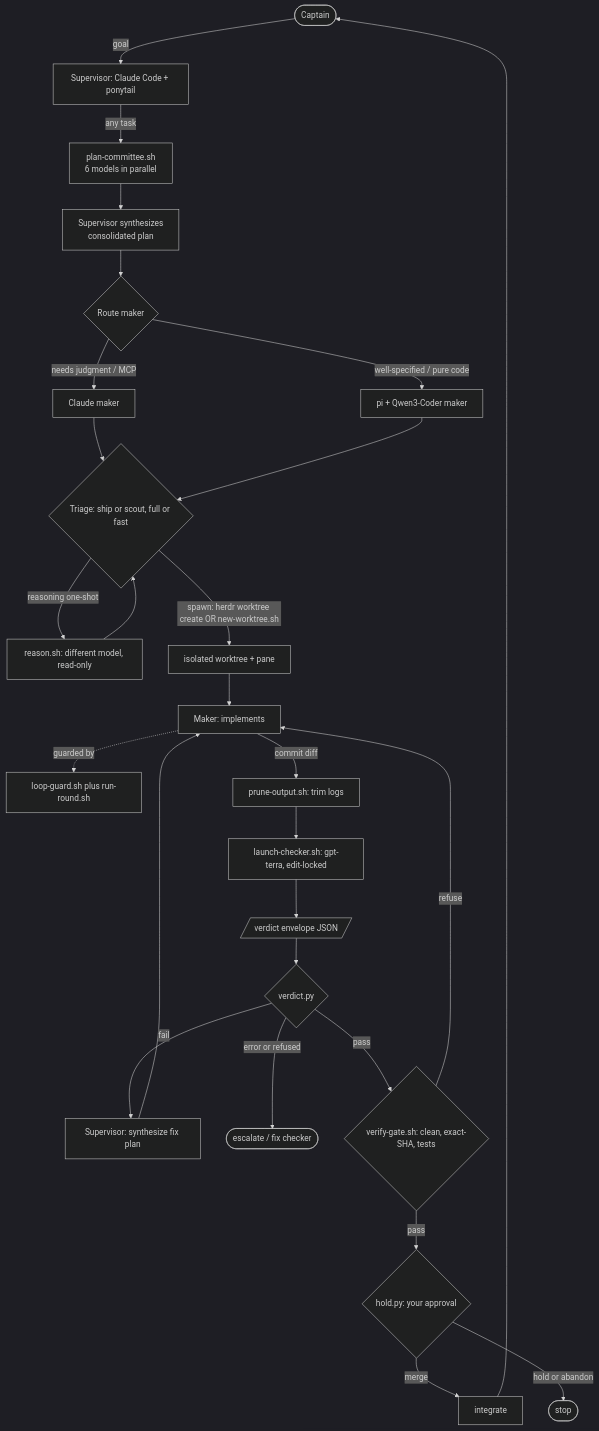
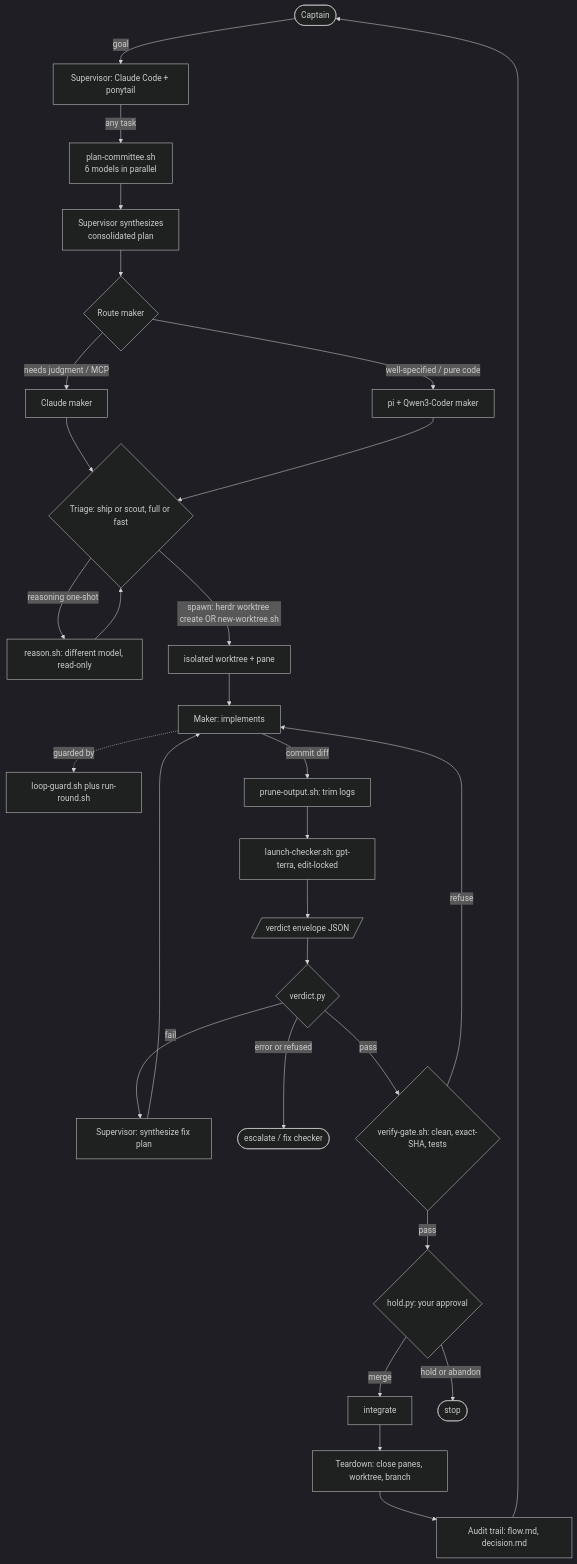
The diagram in docs/ARCHITECTURE.md (eshwarvijay/secondmate), drawn with Mermaid (dark theme) before and after one commit. The commit also changed other lines of this file, not shown here.

Commit message:
Fix ARCHITECTURE.md stage ordering to match SKILL.md
- Move Teardown (stage 9) BEFORE Audit trail (stage 10)
- Flowchart now shows: Integrate -> Teardown -> Audit trail
- This matches SKILL.md's correct sequence: Integrate -> Teardown -> Audit trail

````diff
--- a/docs/ARCHITECTURE.md
+++ b/docs/ARCHITECTURE.md
@@ -37,29 +37,31 @@
 ```mermaid
 flowchart TD
     Cap([Captain]) -->|goal| SUP[Supervisor: Claude Code + ponytail]
     SUP -->|any task| PC[plan-committee.sh<br/>6 models in parallel]
     PC --> SYN[Supervisor synthesizes<br/>consolidated plan]
     SYN --> ROUTE{Route maker}
     ROUTE -->|needs judgment / MCP| MKC[Claude maker]
     ROUTE -->|well-specified / pure code| MKQ[pi + Qwen3-Coder maker]
     MKC --> TRI{Triage: ship or scout, full or fast}
     MKQ --> TRI
     TRI -->|reasoning one-shot| RS[reason.sh: different model, read-only]
     RS --> TRI
     TRI -->|spawn: herdr worktree create OR new-worktree.sh| WT[isolated worktree + pane]
     WT --> MK[Maker: implements]
     MK -. guarded by .-> GD[loop-guard.sh plus run-round.sh]
     MK -->|commit diff| PR[prune-output.sh: trim logs]
     PR --> CH[launch-checker.sh: gpt-terra, edit-locked]
     CH --> EV[/verdict envelope JSON/]
     EV --> VD{verdict.py}
     VD -->|fail| S3[Supervisor: synthesize fix plan]
     S3 --> MK
     VD -->|error or refused| STOP2([escalate / fix checker])
     VD -->|pass| GT{verify-gate.sh: clean, exact-SHA, tests}
     GT -->|refuse| MK
     GT -->|pass| HD{hold.py: your approval}
     HD -->|merge| INT[integrate]
     HD -->|hold or abandon| STOP([stop])
-    INT --> Cap
+    INT --> TD[Teardown: close panes, worktree, branch]
+    TD --> AU[Audit trail: flow.md, decision.md]
+    AU --> Cap
 ```
````
